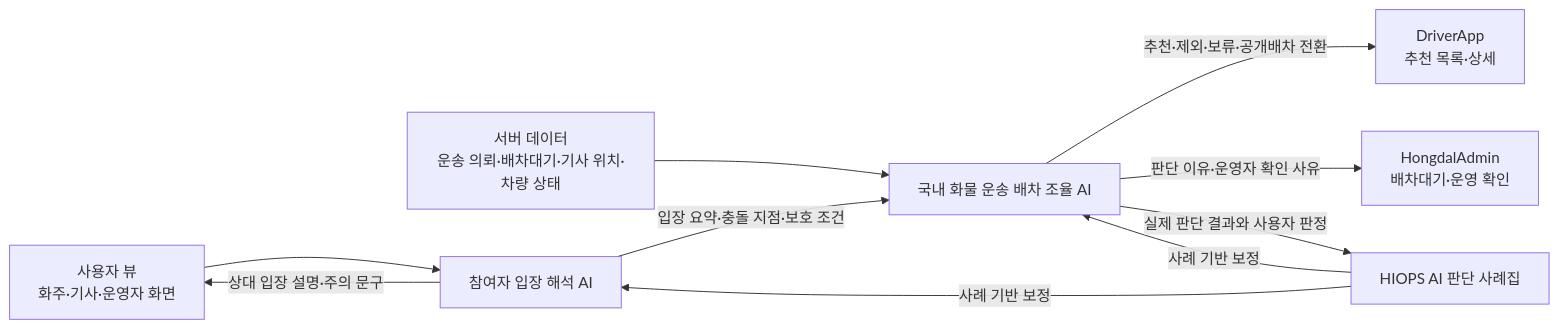
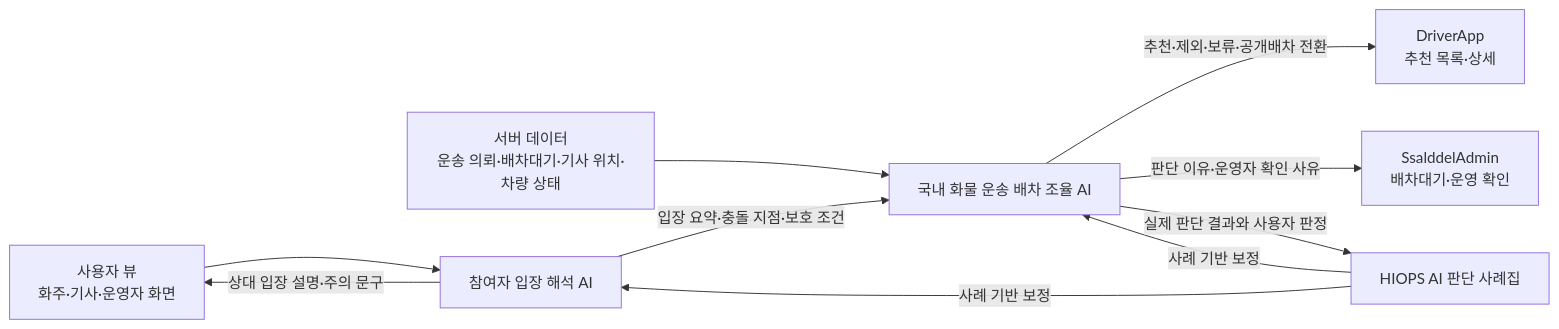
Before and after one commit to cheolwo/hongdal: the diagram in docs/Architecture/HIOPSAI.md, drawn with Mermaid. The commit also changed other lines of this file and 6611 other files, not shown here.

Commit message:
refactor: rename Hongdal to Ssalddel

````diff
--- a/docs/Architecture/HIOPSAI.md
+++ b/docs/Architecture/HIOPSAI.md
@@ -89,20 +89,20 @@
 ```mermaid
 flowchart LR
     UserView["사용자 뷰<br/>화주·기사·운영자 화면"]
     Input["서버 데이터<br/>운송 의뢰·배차대기·기사 위치·차량 상태"]
     StandpointAI["참여자 입장 해석 AI"]
     DispatchAI["국내 화물 운송 배차 조율 AI"]
     Driver["DriverApp<br/>추천 목록·상세"]
-    Admin["HongdalAdmin<br/>배차대기·운영 확인"]
+    Admin["SsalddelAdmin<br/>배차대기·운영 확인"]
     Casebook["HIOPS AI 판단 사례집"]
 
     UserView --> StandpointAI
     StandpointAI -->|상대 입장 설명·주의 문구| UserView
     StandpointAI -->|입장 요약·충돌 지점·보호 조건| DispatchAI
     Input --> DispatchAI
     DispatchAI -->|추천·제외·보류·공개배차 전환| Driver
     DispatchAI -->|판단 이유·운영자 확인 사유| Admin
     DispatchAI -->|실제 판단 결과와 사용자 판정| Casebook
     Casebook -->|사례 기반 보정| StandpointAI
     Casebook -->|사례 기반 보정| DispatchAI
 ```
````
